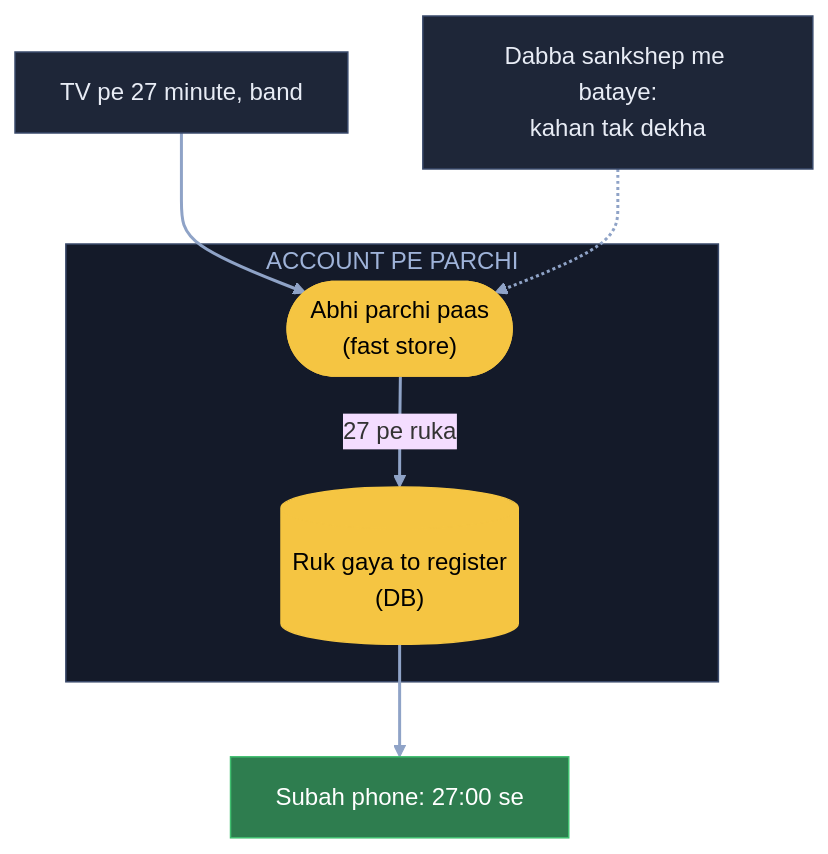
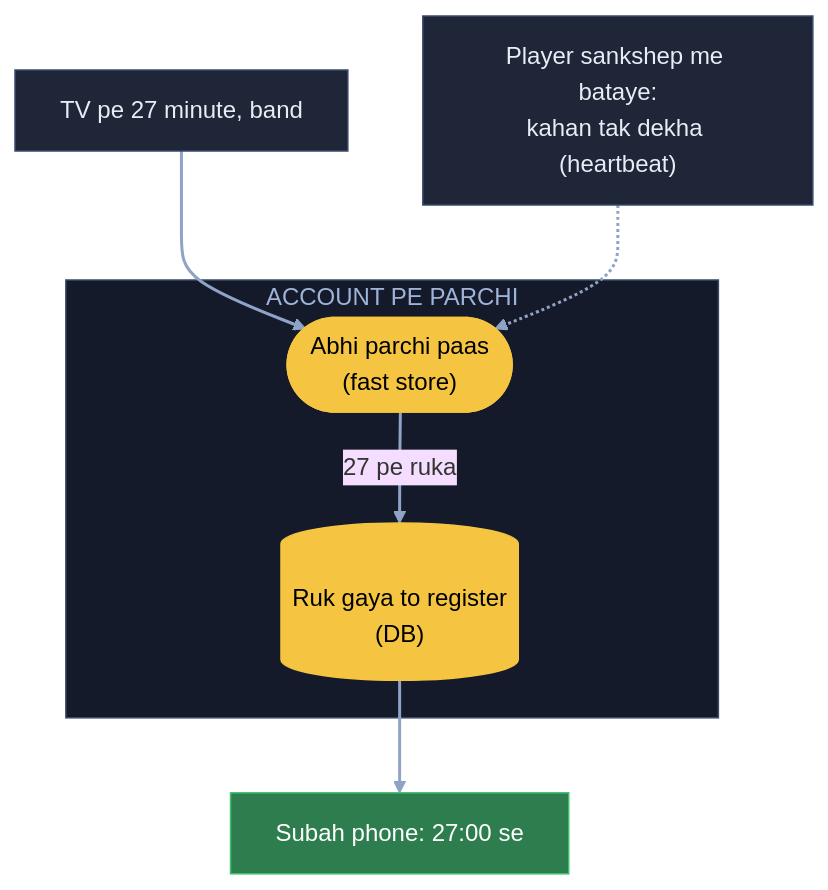
One commit to ArpanMaheshwari144/Prep changed the fifth of 8 diagrams in 04_HLD/SYSTEM_DESIGNS/18_netflix/18_netflix.md. Above: the diagram before and after it, drawn with Mermaid (base theme). The commit also changed other lines of this file and 18 other files, not shown here.

````diff
--- a/04_HLD/SYSTEM_DESIGNS/18_netflix/18_netflix.md
+++ b/04_HLD/SYSTEM_DESIGNS/18_netflix/18_netflix.md
@@ -166,20 +166,20 @@
 ```mermaid
 flowchart TB
     T["TV pe 27 minute, band"]:::card
     subgraph AP["ACCOUNT PE PARCHI"]
         P(["Abhi parchi paas<br/>(fast store)"]):::pill
         R[("Ruk gaya to register<br/>(DB)")]:::pill
     end
-    D["Dabba sankshep me bataye:<br/>kahan tak dekha"]:::card
+    D["Player sankshep me bataye:<br/>kahan tak dekha (heartbeat)"]:::card
     PH["Subah phone: 27:00 se"]:::good
     T --> P
     D -.-> P
     P -- "27 pe ruka" --> R
     R --> PH
     linkStyle default stroke:#8fa3c7,stroke-width:2px
     classDef card fill:#1e2638,stroke:#3a4a6b,color:#e8ecf5
     classDef pill fill:#f5c542,stroke:#f5c542,color:#000
     classDef good fill:#2e7d4f,stroke:#3fbf6f,color:#fff
     classDef bad fill:#5c1f24,stroke:#e05561,color:#fff
     style AP fill:#141a29,stroke:#3a4a6b,color:#9fb3d9
 ```
````
